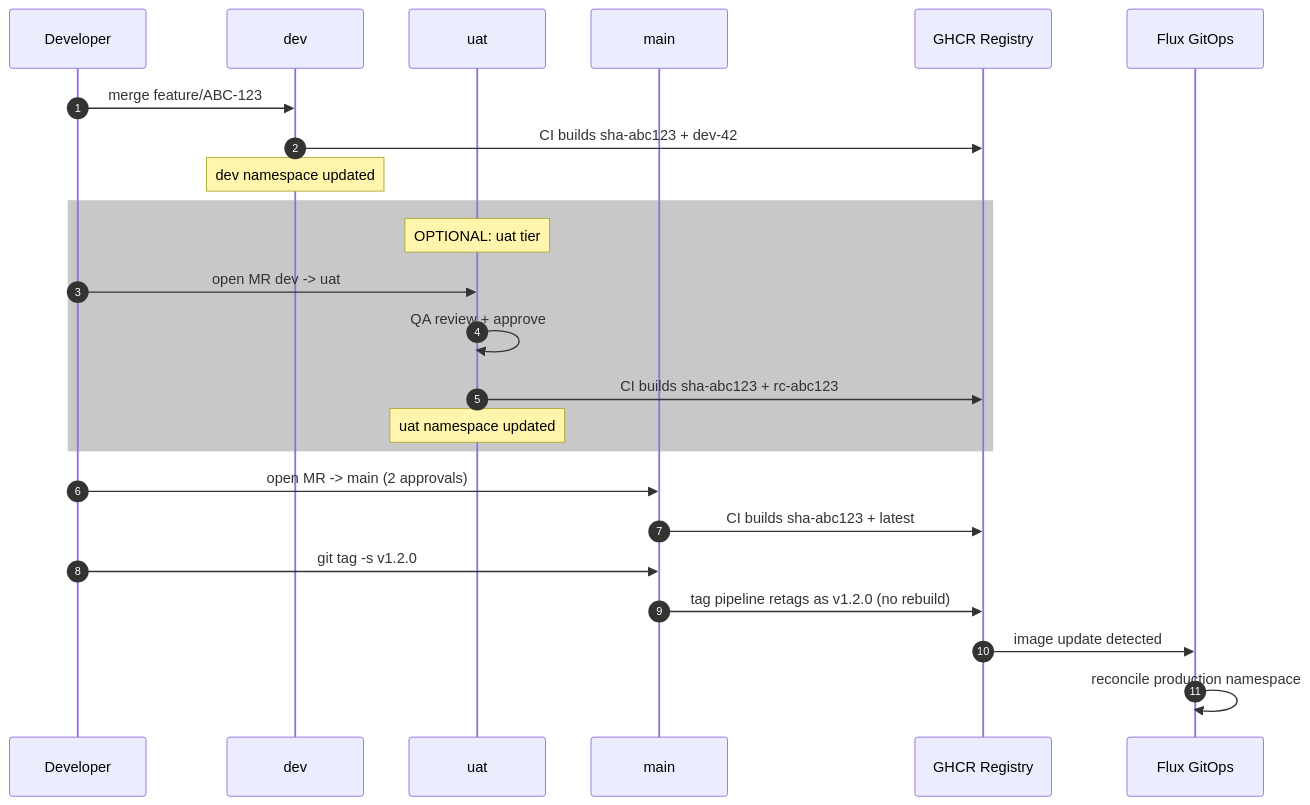
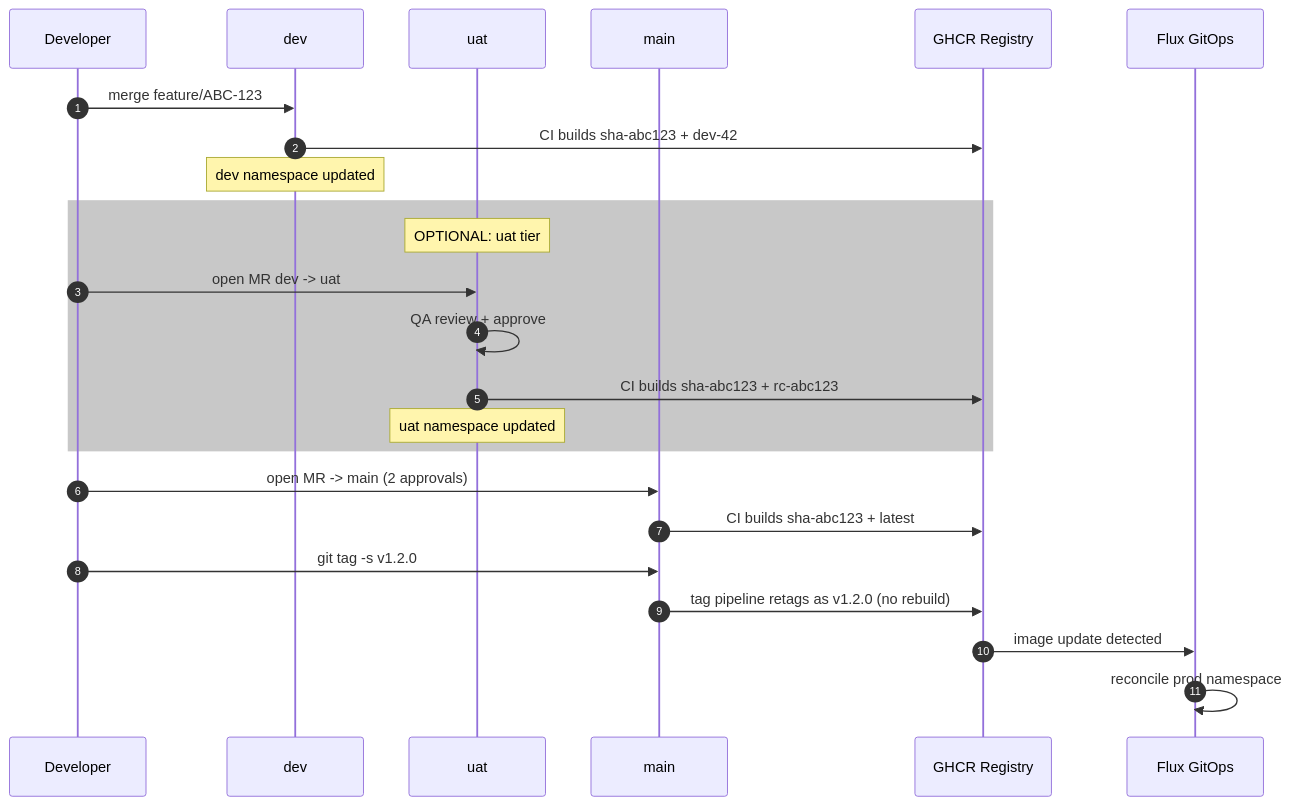
One commit to duynhlab/homelab changed the second of 7 diagrams in docs/platform/gitflow.md. Above: the diagram before and after it, drawn with Mermaid. The commit also changed other lines of this file and 2 other files, not shown here.

First line of the commit message:
Standardize platform docs envs to dev/uat/prod

````diff
--- a/docs/platform/gitflow.md
+++ b/docs/platform/gitflow.md
@@ -82,29 +82,29 @@
 ```mermaid
 sequenceDiagram
     autonumber
     participant Dev as Developer
     participant DevBranch as dev
     participant UAT as uat
     participant Main as main
     participant GHCR as GHCR Registry
     participant Flux as Flux GitOps
 
     Dev->>DevBranch: merge feature/ABC-123
     DevBranch->>GHCR: CI builds sha-abc123 + dev-42
     Note over DevBranch: dev namespace updated
 
     rect rgb(200, 200, 200)
         Note over UAT: OPTIONAL: uat tier
         Dev->>UAT: open MR dev -> uat
         UAT->>UAT: QA review + approve
         UAT->>GHCR: CI builds sha-abc123 + rc-abc123
         Note over UAT: uat namespace updated
     end
 
     Dev->>Main: open MR -> main (2 approvals)
     Main->>GHCR: CI builds sha-abc123 + latest
     Dev->>Main: git tag -s v1.2.0
     Main->>GHCR: tag pipeline retags as v1.2.0 (no rebuild)
     GHCR->>Flux: image update detected
-    Flux->>Flux: reconcile production namespace
+    Flux->>Flux: reconcile prod namespace
 ```
````
